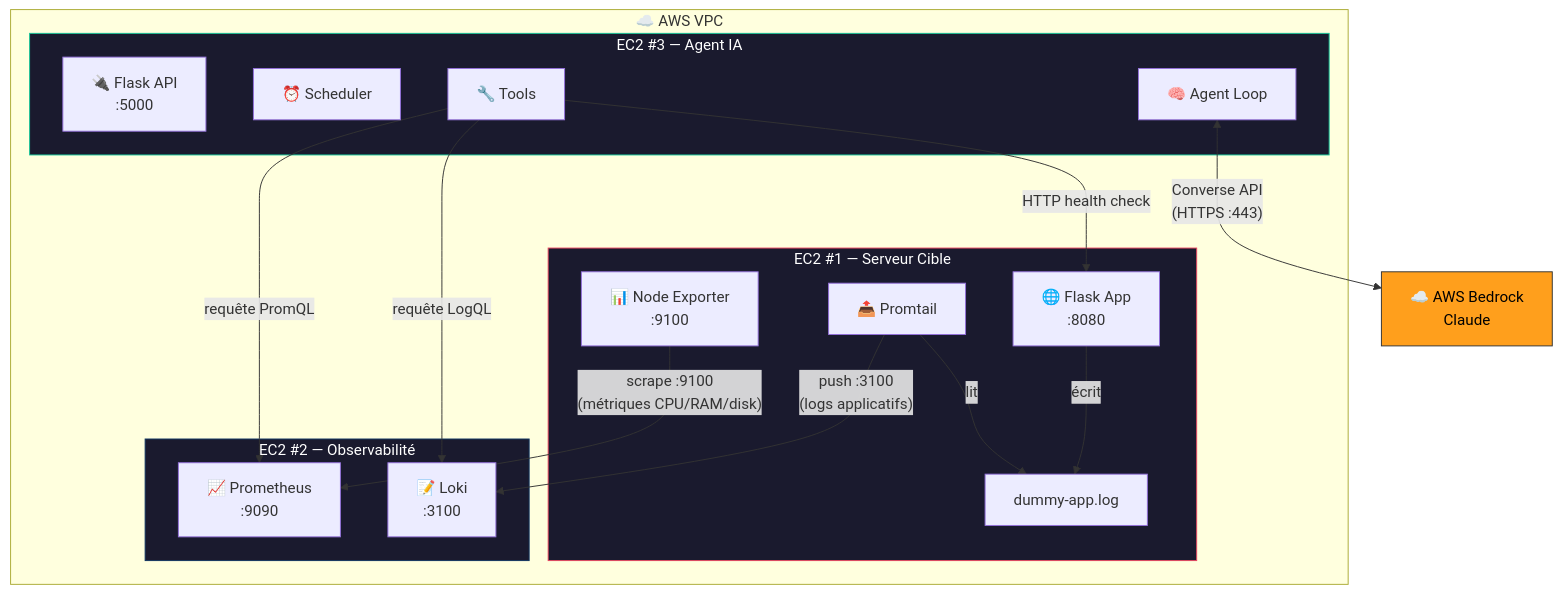
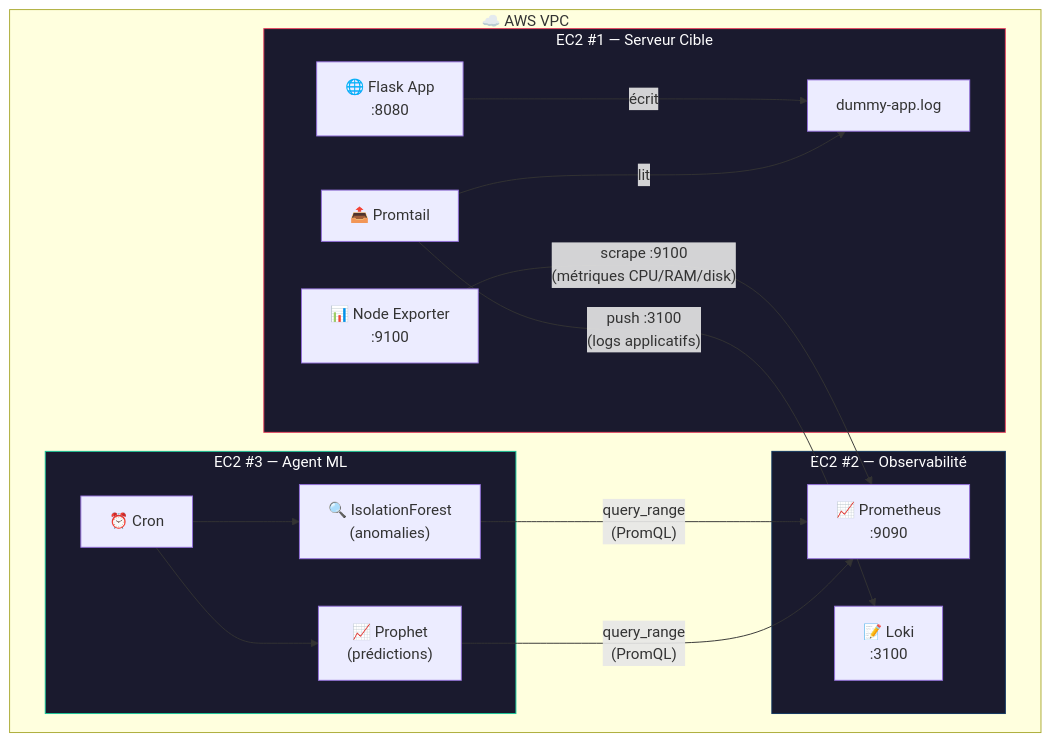
The first of 3 diagrams in README.md (RIKIEL-K/monitoring-ia), drawn with Mermaid before and after one commit. The commit also changed other lines of this file, not shown here.

Commit message:
refactor: replace LLM agent with AIOps components using IsolationForest and Prophet for anomaly detection and capacity forecasting.

````diff
--- a/README.md
+++ b/README.md
@@ -13,36 +14,34 @@
 ```mermaid
 flowchart TB
     subgraph VPC["☁️ AWS VPC"]
         subgraph EC2_1["EC2 #1 — Serveur Cible"]
             APP["🌐 Flask App\n:8080"]
             NE["📊 Node Exporter\n:9100"]
             PT["📤 Promtail"]
             APP -->|"écrit"| LOGS["dummy-app.log"]
             PT -->|"lit"| LOGS
         end
-        
+
         subgraph EC2_2["EC2 #2 — Observabilité"]
             PROM["📈 Prometheus\n:9090"]
             LOKI["📝 Loki\n:3100"]
         end
-        
-        subgraph EC2_3["EC2 #3 — Agent IA"]
-            API["🔌 Flask API\n:5000"]
-            SCHED["⏰ Scheduler"]
-            LOOP["🧠 Agent Loop"]
-            TOOLS["🔧 Tools"]
+
+        subgraph EC2_3["EC2 #3 — Agent ML"]
+            IF["🔍 IsolationForest\n(anomalies)"]
+            PR["📈 Prophet\n(prédictions)"]
+            CRON["⏰ Cron"]
+            CRON --> IF
+            CRON --> PR
         end
     end
-    
+
     NE -->|"scrape :9100\n(métriques CPU/RAM/disk)"| PROM
     PT -->|"push :3100\n(logs applicatifs)"| LOKI
-    TOOLS -->|"requête PromQL"| PROM
-    TOOLS -->|"requête LogQL"| LOKI
-    TOOLS -->|"HTTP health check"| APP
-    LOOP <-->|"Converse API\n(HTTPS :443)"| BEDROCK["☁️ AWS Bedrock\nClaude"]
-    
+    IF -->|"query_range\n(PromQL)"| PROM
+    PR -->|"query_range\n(PromQL)"| PROM
+
     style EC2_1 fill:#1a1a2e,stroke:#e94560,color:#fff
     style EC2_2 fill:#1a1a2e,stroke:#0f3460,color:#fff
     style EC2_3 fill:#1a1a2e,stroke:#16c79a,color:#fff
-    style BEDROCK fill:#ff9f1c,stroke:#333,color:#000
 ```
````
